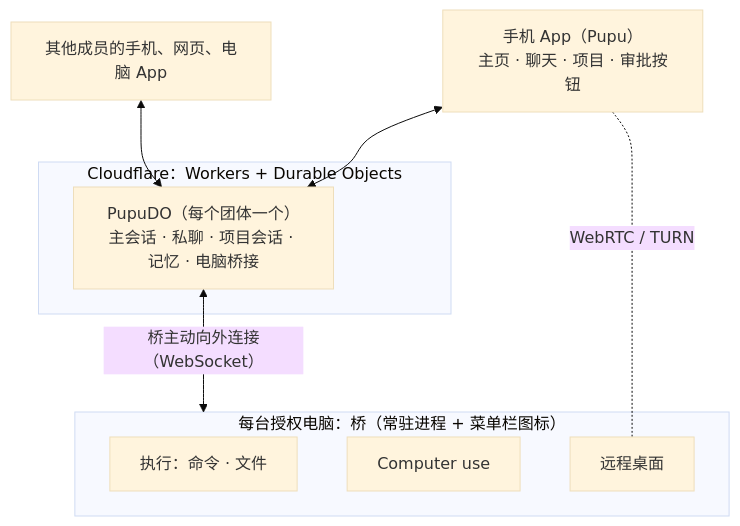
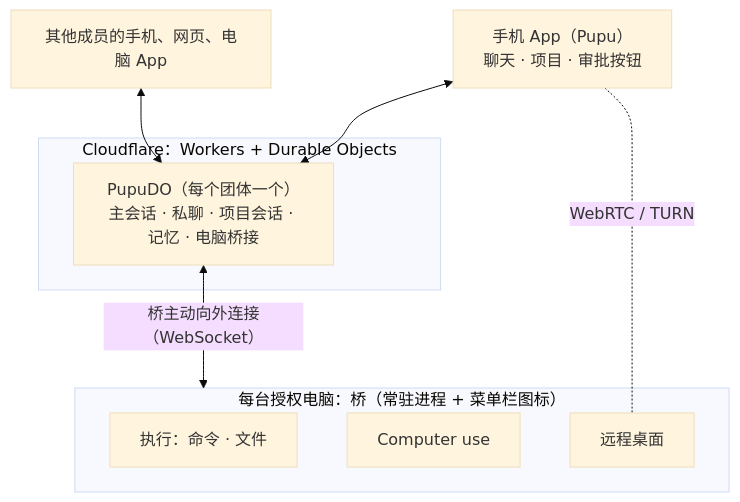
Before and after one commit to Hallalei/Pupu: the diagram in docs/需求说明.md, drawn with Mermaid (base theme). The commit also changed other lines of this file and 6 other files, not shown here.

````diff
--- a/docs/需求说明.md
+++ b/docs/需求说明.md
@@ -213,18 +214,18 @@
 ```mermaid
 flowchart TB
-  phone["手机 App（Pupu）<br/>主页 · 聊天 · 项目 · 审批按钮"]
+  phone["手机 App（Pupu）<br/>聊天 · 项目 · 审批按钮"]
   members["其他成员的手机、网页、电脑 App"]
   subgraph cf["Cloudflare：Workers + Durable Objects"]
     pupu["PupuDO（每个团体一个）<br/>主会话 · 私聊 · 项目会话 · 记忆 · 电脑桥接"]
   end
   subgraph pc["每台授权电脑：桥（常驻进程 + 菜单栏图标）"]
     exec["执行：命令 · 文件"]
     cu["Computer use"]
     rd["远程桌面"]
   end
 
   phone <--> pupu
   members <--> pupu
   pupu <-- "桥主动向外连接（WebSocket）" --> pc
   phone -. "WebRTC / TURN" .- rd
 ```
````
